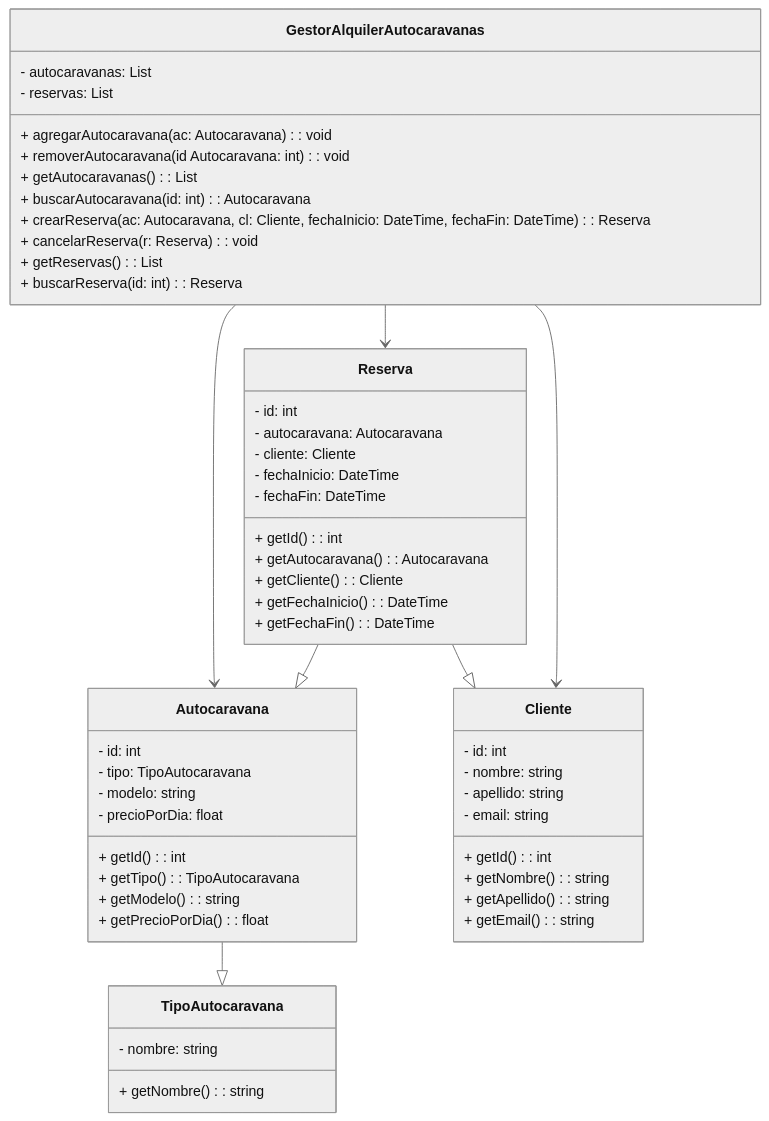
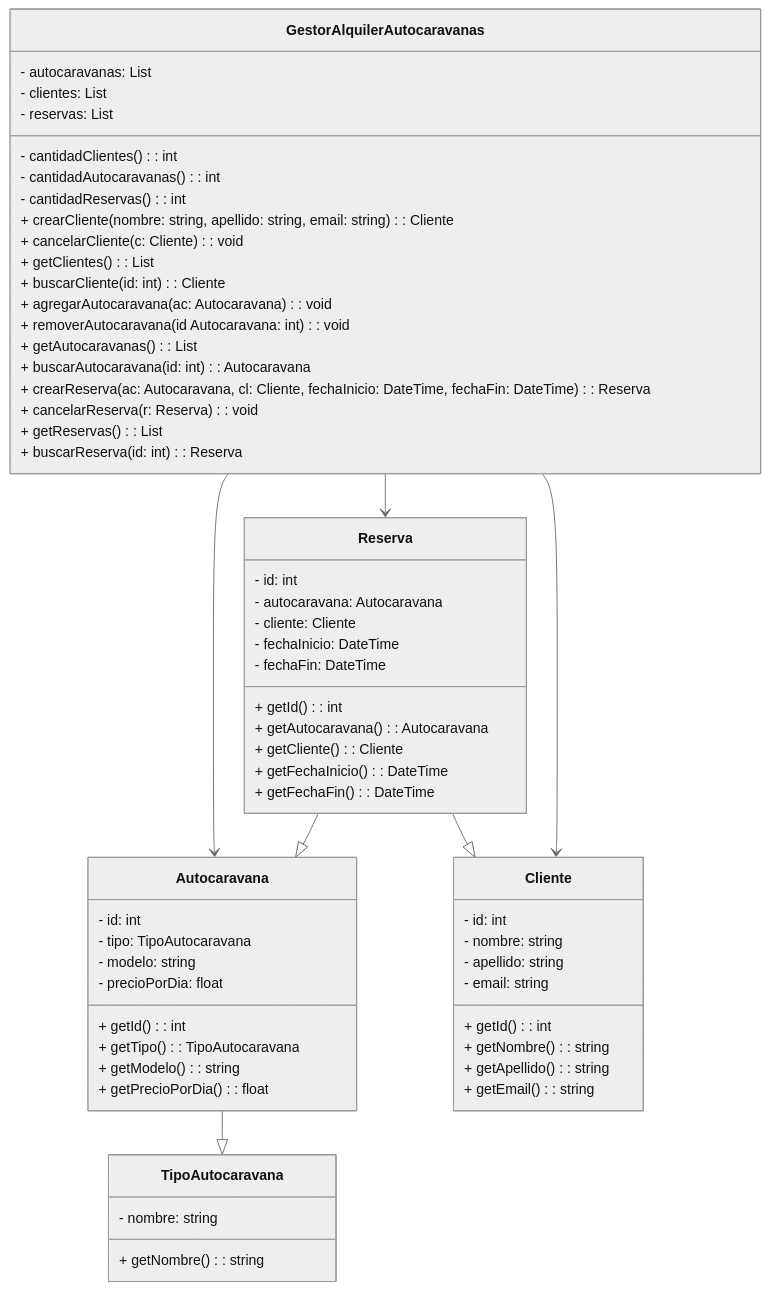
The diagram in README.md (craboftw/KrenkoAutos), drawn with Mermaid (neutral theme) before and after one commit. The commit also changed 12 other files, not shown here.

````diff
--- a/README.md
+++ b/README.md
@@ -20,64 +20,72 @@
 ```mermaid
 classDiagram
     class Autocaravana {
         - id: int
         - tipo: TipoAutocaravana
         - modelo: string
         - precioPorDia: float
         + getId(): int
         + getTipo(): TipoAutocaravana
         + getModelo(): string
         + getPrecioPorDia(): float
     }
 
     class TipoAutocaravana {
         - nombre: string
         + getNombre(): string
     }
 
     class Cliente {
         - id: int
         - nombre: string
         - apellido: string
         - email: string
         + getId(): int
         + getNombre(): string
         + getApellido(): string
         + getEmail(): string
     }
 
     class Reserva {
         - id: int
         - autocaravana: Autocaravana
         - cliente: Cliente
         - fechaInicio: DateTime
         - fechaFin: DateTime
         + getId(): int
         + getAutocaravana(): Autocaravana
         + getCliente(): Cliente
         + getFechaInicio(): DateTime
         + getFechaFin(): DateTime
 
 
     }
 
     class GestorAlquilerAutocaravanas {
         - autocaravanas: List<Autocaravana>
+        - clientes: List<Cliente>
         - reservas: List<Reserva>
+        - cantidadClientes(): int
+        - cantidadAutocaravanas(): int
+        - cantidadReservas(): int
+        + crearCliente(nombre: string, apellido: string, email: string): Cliente
+        + cancelarCliente(c: Cliente): void
+        + getClientes(): List<Cliente>
+        + buscarCliente(id: int): Cliente
         + agregarAutocaravana(ac: Autocaravana): void
         + removerAutocaravana(id Autocaravana: int): void
         + getAutocaravanas(): List<Autocaravana>
         + buscarAutocaravana(id: int): Autocaravana
         + crearReserva(ac: Autocaravana, cl: Cliente, fechaInicio: DateTime, fechaFin: DateTime): Reserva
         + cancelarReserva(r: Reserva): void
         + getReservas(): List<Reserva>
         + buscarReserva(id: int): Reserva
     }
 
     Autocaravana --|> TipoAutocaravana
     Reserva --|> Autocaravana
     Reserva --|> Cliente
     GestorAlquilerAutocaravanas --> Autocaravana
     GestorAlquilerAutocaravanas --> Reserva
     GestorAlquilerAutocaravanas --> Cliente
 ```
````
